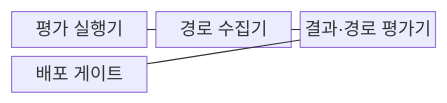
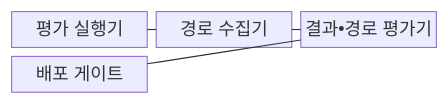
One commit to agnusdei1207/knowledge-base changed the first of 2 diagrams in src/content/docs/notes/08-latest-tech/021_agent_evaluation.md. Above: the diagram before and after it, drawn with Mermaid. The commit also changed other lines of this file and 953 other files, not shown here.

````diff
--- a/src/content/docs/notes/08-latest-tech/021_agent_evaluation.md
+++ b/src/content/docs/notes/08-latest-tech/021_agent_evaluation.md
@@ -69,11 +69,11 @@
 ```mermaid
 block-beta
     columns 3
     R["평가 실행기"]
     C["경로 수집기"]
-    V["결과·경로 평가기"]
+    V["결과•경로 평가기"]
     G["배포 게이트"]
     R --- C
     C --- V
     V --- G
 ```
````
